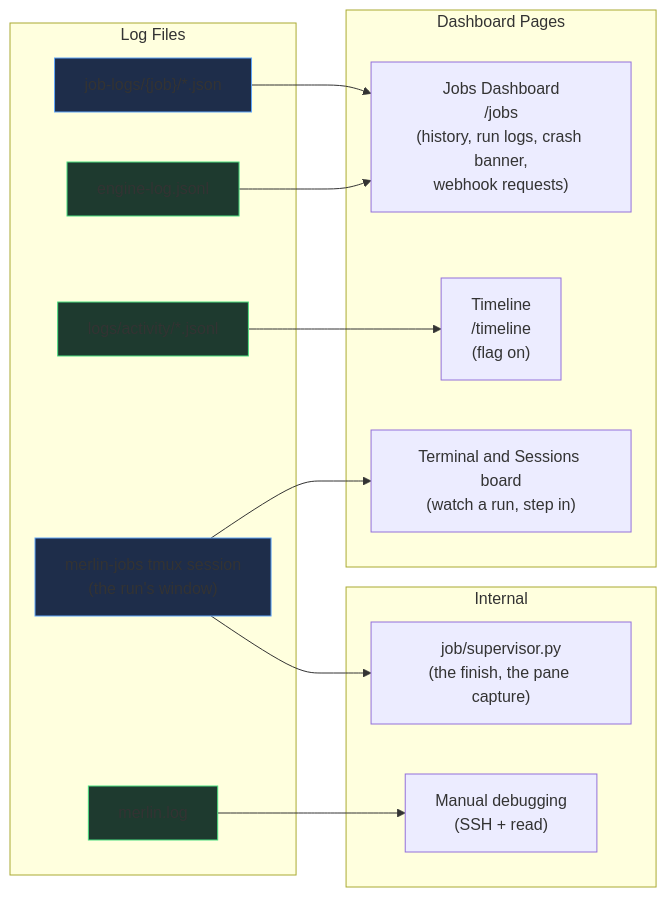
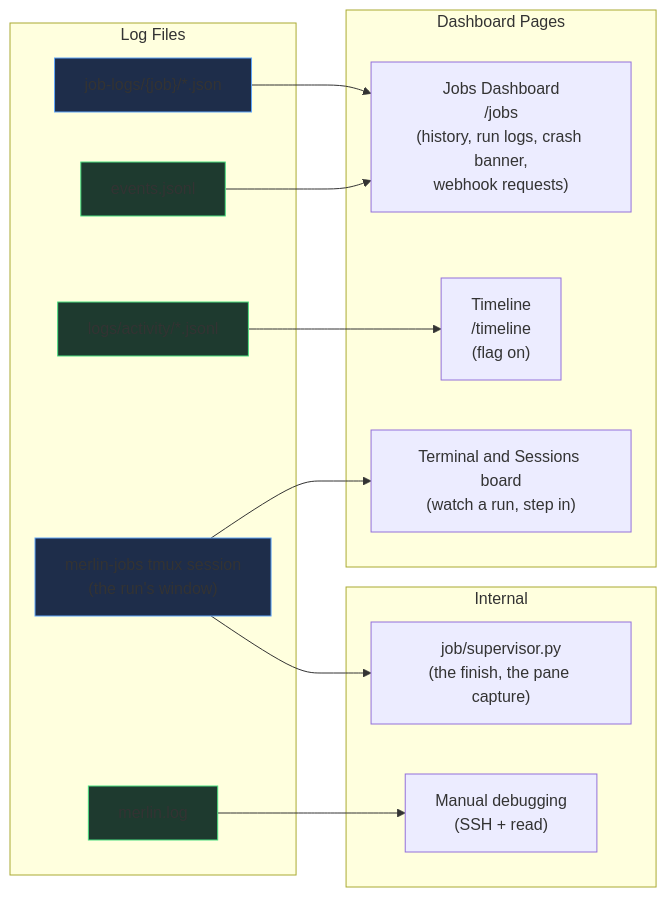
One commit to ArnaudValensi/merlin changed the diagram in docs/dev/logging-system/consumers.mmd. Above: the diagram before and after it, drawn with Mermaid. The commit also changed 29 other files, not shown here.

```diff
--- a/docs/dev/logging-system/consumers.mmd
+++ b/docs/dev/logging-system/consumers.mmd
@@ -1,32 +1,32 @@
 flowchart LR
     subgraph Storage["Log Files"]
-        EL["engine-log.jsonl"]
+        EL["events.jsonl"]
         JLG["job-logs/{job}/*.json"]
         ACT["logs/activity/*.jsonl"]
         ML["merlin.log"]
         TMUX["merlin-jobs tmux session\n(the run's window)"]
     end
 
     subgraph Dashboard["Dashboard Pages"]
         JD["Jobs Dashboard\n/jobs\n(history, run logs, crash banner,\nwebhook requests)"]
         TL["Timeline\n/timeline\n(flag on)"]
         TERM["Terminal and Sessions board\n(watch a run, step in)"]
     end
 
     subgraph Internal["Internal"]
         SUP["job/supervisor.py\n(the finish, the pane capture)"]
         DBG["Manual debugging\n(SSH + read)"]
     end
 
     EL --> JD
     JLG --> JD
     ACT --> TL
     TMUX --> TERM
     TMUX --> SUP
     ML --> DBG
 
     style EL fill:#1e3a2f,stroke:#4ade80
     style ACT fill:#1e3a2f,stroke:#4ade80
     style JLG fill:#1e2d4a,stroke:#60a5fa
     style ML fill:#1e3a2f,stroke:#4ade80
     style TMUX fill:#1e2d4a,stroke:#60a5fa
```
